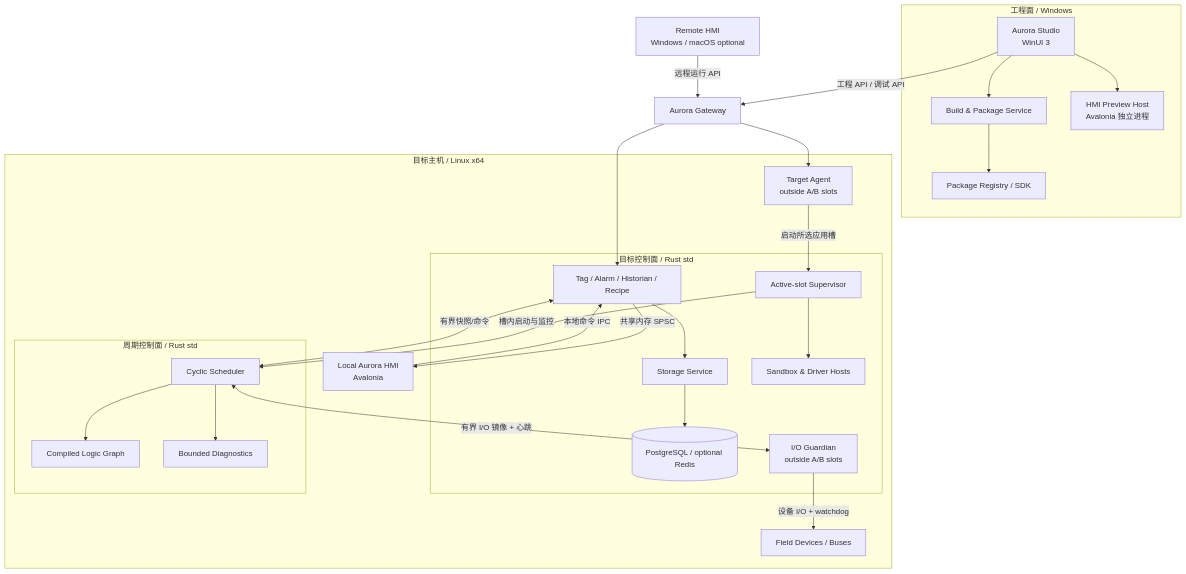
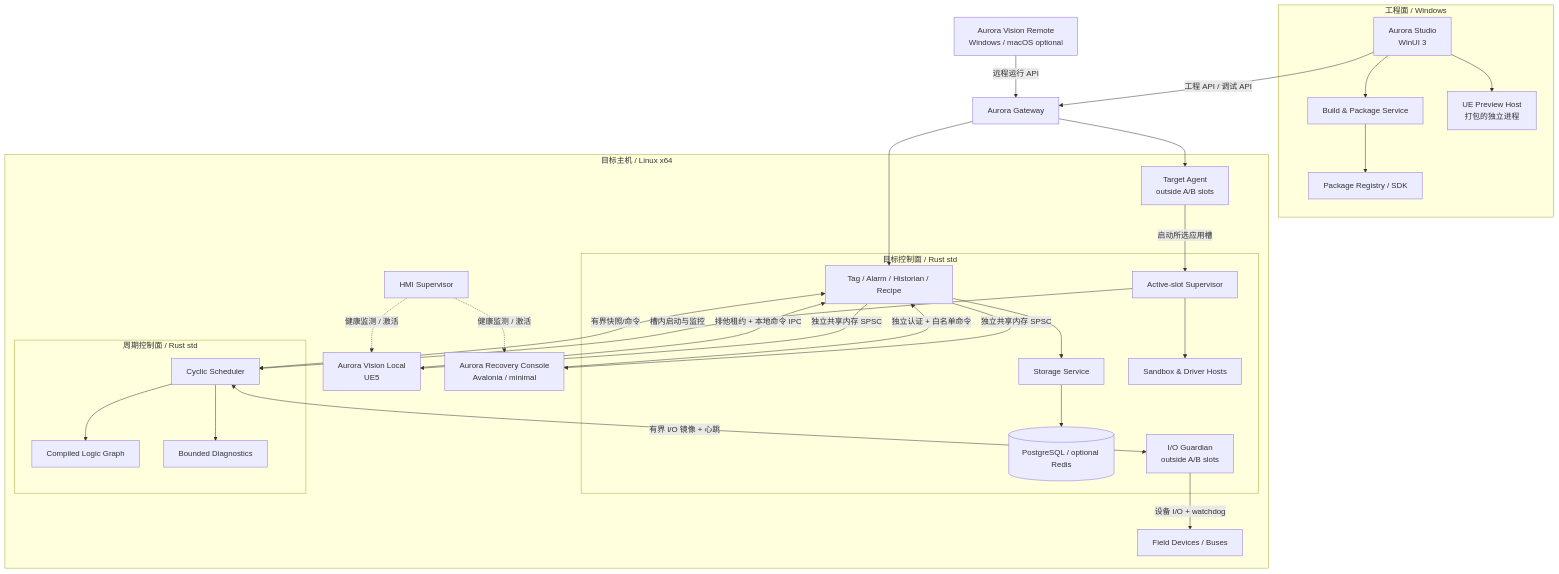
One commit to leng125172-code/AuroraApp changed the first of 3 diagrams in Documents/Architecture/Aurora-Platform-Architecture.md. Above: the diagram before and after it, drawn with Mermaid. The commit also changed other lines of this file and 8 other files, not shown here.

Commit message:
docs(architecture): adopt Aurora Vision royalty model

````diff
--- a/Documents/Architecture/Aurora-Platform-Architecture.md
+++ b/Documents/Architecture/Aurora-Platform-Architecture.md
@@ -70,52 +81,58 @@
 ```mermaid
 flowchart TB
     subgraph Engineering[工程面 / Windows]
         Studio[Aurora Studio<br/>WinUI 3]
         Build[Build & Package Service]
-        Preview[HMI Preview Host<br/>Avalonia 独立进程]
+        Preview[UE Preview Host<br/>打包的独立进程]
         Registry[Package Registry / SDK]
     end
 
     Gateway[Aurora Gateway]
-    RemoteHMI[Remote HMI<br/>Windows / macOS optional]
+    RemoteHMI[Aurora Vision Remote<br/>Windows / macOS optional]
 
     subgraph Target[目标主机 / Linux x64]
-        HMI[Local Aurora HMI<br/>Avalonia]
+        HmiSupervisor[HMI Supervisor]
+        HMI[Aurora Vision Local<br/>UE5]
+        Recovery[Aurora Recovery Console<br/>Avalonia / minimal]
         Agent[Target Agent<br/>outside A/B slots]
         subgraph Control[目标控制面 / Rust std]
             Supervisor[Active-slot Supervisor]
             Services[Tag / Alarm / Historian / Recipe]
             Storage[Storage Service]
             Database[(PostgreSQL / optional Redis)]
             PluginHost[Sandbox & Driver Hosts]
             Guardian[I/O Guardian<br/>outside A/B slots]
         end
 
         subgraph Cyclic[周期控制面 / Rust std]
             Scheduler[Cyclic Scheduler]
             Logic[Compiled Logic Graph]
             ControlDiag[Bounded Diagnostics]
         end
         IO[Field Devices / Buses]
     end
 
     Studio -->|工程 API / 调试 API| Gateway
     Studio --> Build
     Studio --> Preview
     Build --> Registry
     RemoteHMI -->|远程运行 API| Gateway
-    HMI -->|本地命令 IPC| Services
-    Services -->|共享内存 SPSC| HMI
+    HmiSupervisor -.->|健康监测 / 激活| HMI
+    HmiSupervisor -.->|健康监测 / 激活| Recovery
+    HMI -->|排他租约 + 本地命令 IPC| Services
+    Recovery -->|独立认证 + 白名单命令| Services
+    Services -->|独立共享内存 SPSC| HMI
+    Services -->|独立共享内存 SPSC| Recovery
     Gateway --> Agent
     Gateway --> Services
     Agent -->|启动所选应用槽| Supervisor
     Services --> Storage
     Storage --> Database
     Supervisor --> PluginHost
     Supervisor -->|槽内启动与监控| Scheduler
     Services <-->|有界快照/命令| Scheduler
     Scheduler --> Logic
     Scheduler <-->|有界 I/O 镜像 + 心跳| Guardian
     Guardian -->|设备 I/O + watchdog| IO
     Scheduler --> ControlDiag
 ```
````
